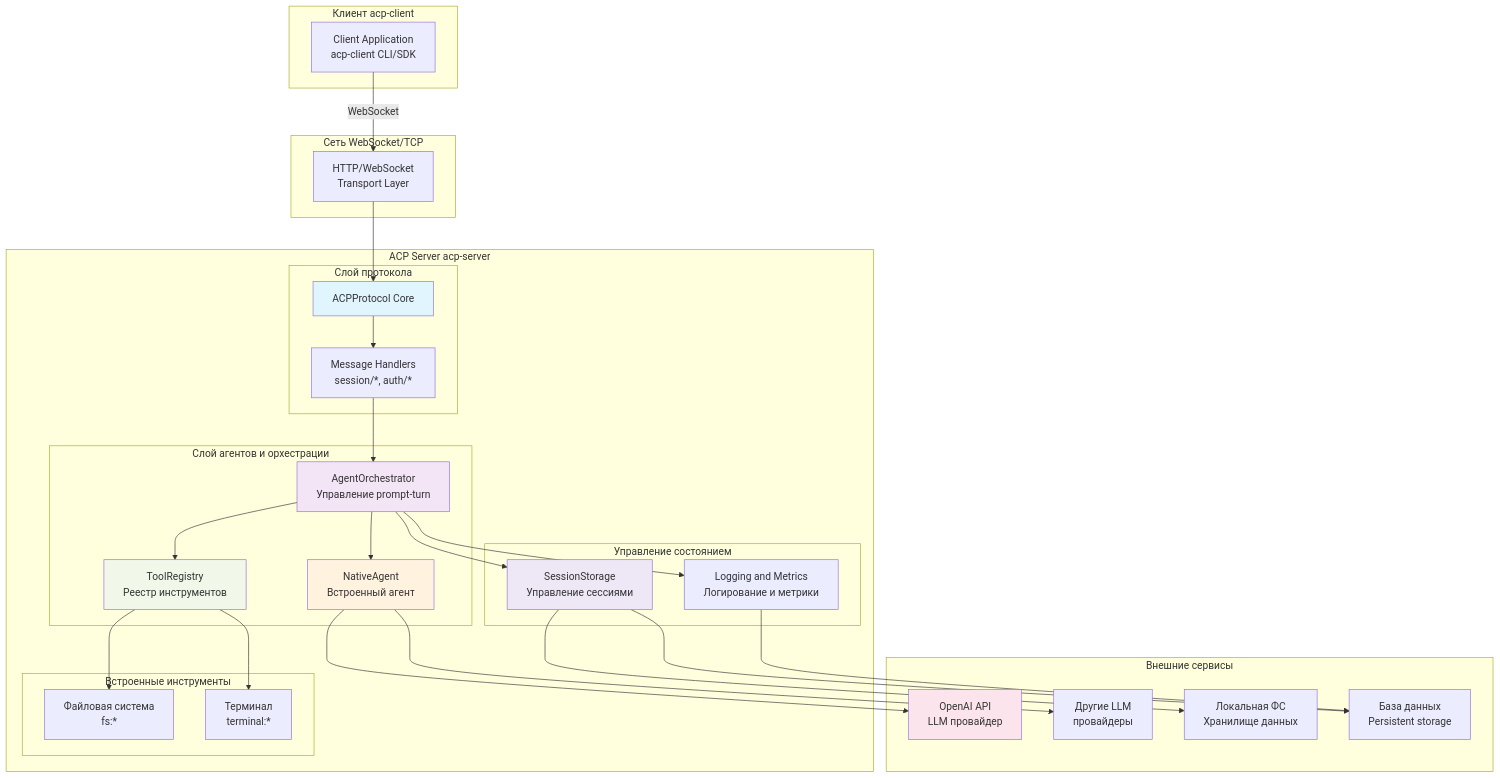
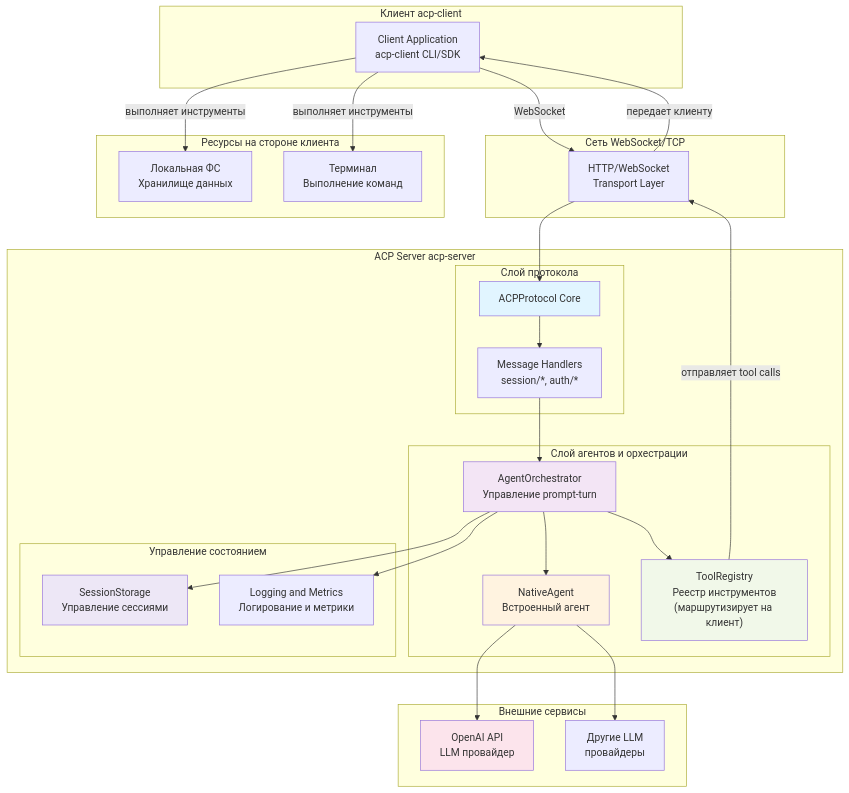
The sixth of 6 diagrams in doc/LLM_AGENT_INTEGRATION_PLAN.md (pese-git/acp-workspace), drawn with Mermaid before and after one commit. The commit also changed other lines of this file and 1 other file, not shown here.

````diff
--- a/doc/LLM_AGENT_INTEGRATION_PLAN.md
+++ b/doc/LLM_AGENT_INTEGRATION_PLAN.md
@@ -982,70 +1053,66 @@
 ```mermaid
 graph TB
     subgraph Client["Клиент acp-client"]
         ClientApp["Client Application<br/>acp-client CLI/SDK"]
     end
     
     subgraph Network["Сеть WebSocket/TCP"]
         Transport["HTTP/WebSocket<br/>Transport Layer"]
     end
     
     subgraph ACPServer["ACP Server acp-server"]
         subgraph Protocol["Слой протокола"]
             Core["ACPProtocol Core"]
             Handlers["Message Handlers<br/>session/*, auth/*"]
         end
         
         subgraph Agents["Слой агентов и орхестрации"]
             Orchestrator["AgentOrchestrator<br/>Управление prompt-turn"]
             NativeAgent["NativeAgent<br/>Встроенный агент"]
-            ToolRegistry["ToolRegistry<br/>Реестр инструментов"]
-        end
-        
-        subgraph Tools["Встроенные инструменты"]
-            FileSystem["Файловая система<br/>fs:*"]
-            Terminal["Терминал<br/>terminal:*"]
+            ToolRegistry["ToolRegistry<br/>Реестр инструментов<br/>(маршрутизирует на клиент)"]
         end
         
         subgraph Storage["Управление состоянием"]
             SessionMgmt["SessionStorage<br/>Управление сессиями"]
             Logging["Logging and Metrics<br/>Логирование и метрики"]
         end
     end
     
     subgraph ExternalServices["Внешние сервисы"]
         OpenAI["OpenAI API<br/>LLM провайдер"]
         OtherLLM["Другие LLM<br/>провайдеры"]
+    end
+    
+    subgraph ClientResources["Ресурсы на стороне клиента"]
         Filesystem["Локальная ФС<br/>Хранилище данных"]
-        Database["База данных<br/>Persistent storage"]
+        Terminal["Терминал<br/>Выполнение команд"]
     end
     
     ClientApp -->|WebSocket| Transport
     Transport --> Core
     
     Core --> Handlers
     Handlers --> Orchestrator
     
     Orchestrator --> NativeAgent
     Orchestrator --> ToolRegistry
     
     NativeAgent --> OpenAI
     NativeAgent --> OtherLLM
     
-    ToolRegistry --> FileSystem
-    ToolRegistry --> Terminal
+    ToolRegistry -->|отправляет tool calls| Transport
+    Transport -->|передает клиенту| ClientApp
+    
+    ClientApp -->|выполняет инструменты| Filesystem
+    ClientApp -->|выполняет инструменты| Terminal
     
     Orchestrator --> SessionMgmt
     Orchestrator --> Logging
-    
-    SessionMgmt --> Filesystem
-    SessionMgmt --> Database
-    
-    Logging --> Database
     
     style Core fill:#e1f5ff
     style Orchestrator fill:#f3e5f5
     style NativeAgent fill:#fff3e0
     style ToolRegistry fill:#f1f8e9
     style OpenAI fill:#fce4ec
     style SessionMgmt fill:#ede7f6
 ```
````
